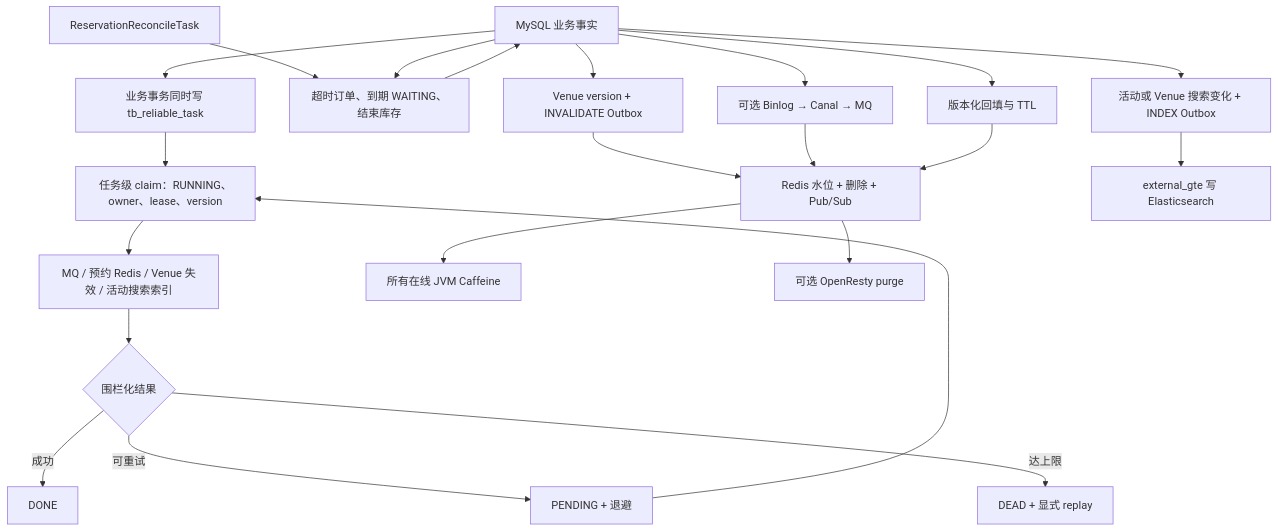
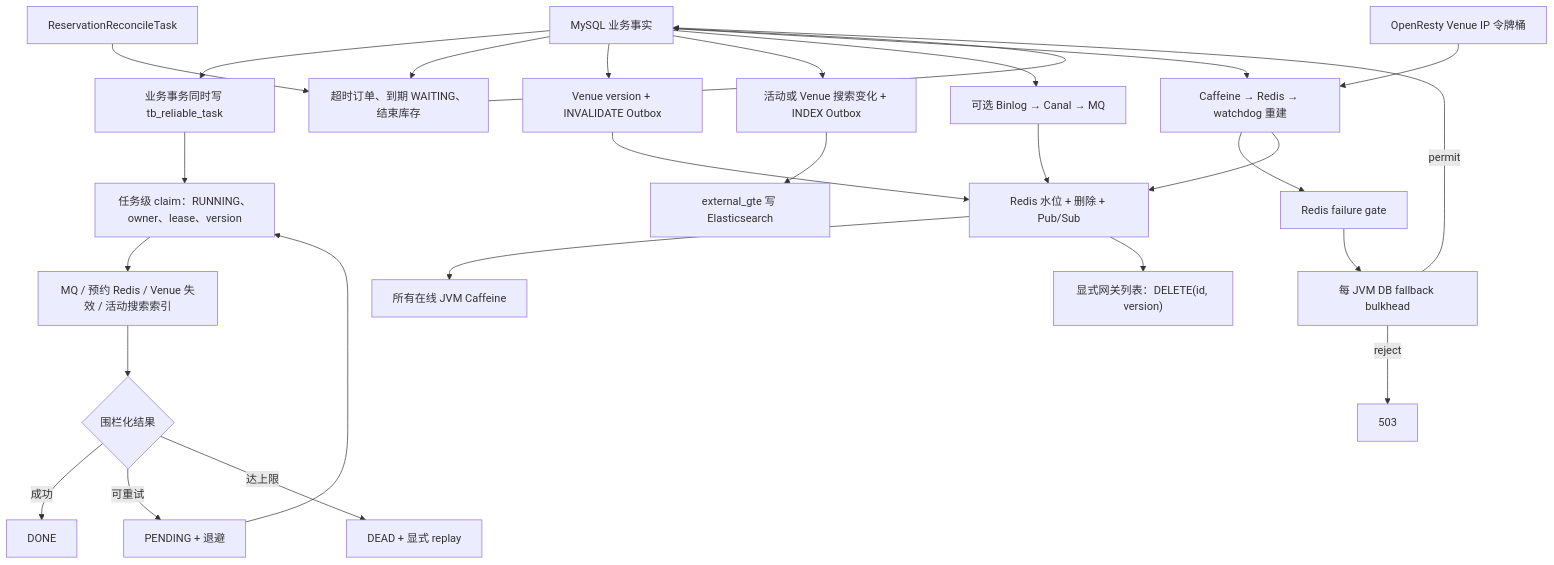
One commit to SyH-101/citypass-platform changed diagram 13 of 14 in 04-最终一致性与缓存治理.md. Above: the diagram before and after it, drawn with Mermaid. The commit also changed other lines of this file and 27 other files, not shown here.

````diff
--- a/04-最终一致性与缓存治理.md
+++ b/04-最终一致性与缓存治理.md
@@ -1095,24 +1214,29 @@
 ```mermaid
 flowchart TD
     DB["MySQL 业务事实"] --> TX["业务事务同时写 tb_reliable_task"]
     TX --> CLAIM["任务级 claim：RUNNING、owner、lease、version"]
     CLAIM --> SIDE["MQ / 预约 Redis / Venue 失效 / 活动搜索索引"]
     SIDE --> RESULT{"围栏化结果"}
     RESULT -->|成功| DONE["DONE"]
     RESULT -->|可重试| RETRY["PENDING + 退避"]
     RESULT -->|达上限| DEAD["DEAD + 显式 replay"]
     RETRY --> CLAIM
     REC["ReservationReconcileTask"] --> CHECK["超时订单、到期 WAITING、结束库存"]
     DB --> CHECK
     CHECK --> DB
     DB --> VOUT["Venue version + INVALIDATE Outbox"]
     VOUT --> VINV["Redis 水位 + 删除 + Pub/Sub"]
     VINV --> JVM["所有在线 JVM Caffeine"]
-    VINV --> GW["可选 OpenResty purge"]
+    VINV --> GW["显式网关列表：DELETE(id, version)"]
     DB --> SOUT["活动或 Venue 搜索变化 + INDEX Outbox"]
     SOUT --> ES["external_gte 写 Elasticsearch"]
     DB --> CANAL["可选 Binlog → Canal → MQ"]
     CANAL --> VINV
-    DB --> READ["版本化回填与 TTL"]
+    RATE["OpenResty Venue IP 令牌桶"] --> READ["Caffeine → Redis → watchdog 重建"]
+    READ --> GATE["Redis failure gate"]
+    GATE --> BULK["每 JVM DB fallback bulkhead"]
+    BULK -->|permit| DB
+    BULK -->|reject| FAIL["503"]
+    DB --> READ
     READ --> VINV
 ```
````
